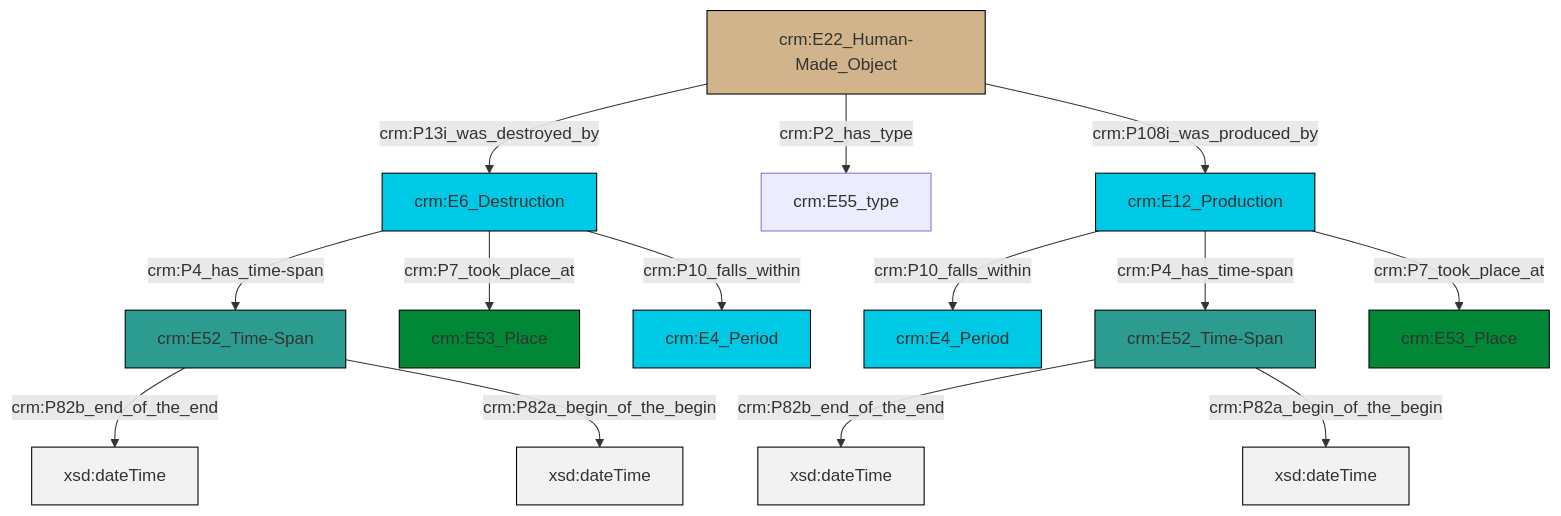
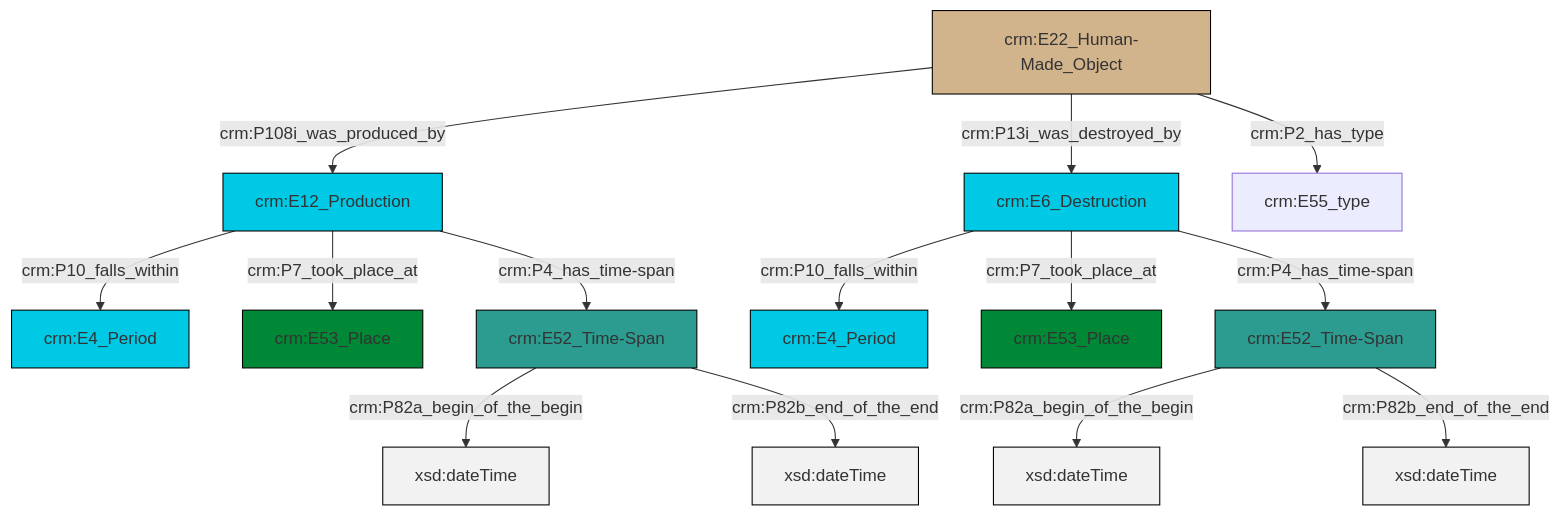
One commit to swiss-art-research-net/reference-data-models changed the diagram in et/builtWorkCSV/ttl/mmd/Built_Work_existence.ttl.mmd. Above: the diagram before and after it, drawn with Mermaid. The commit also changed 152 other files, not shown here.

```diff
--- a/et/builtWorkCSV/ttl/mmd/Built_Work_existence.ttl.mmd
+++ b/et/builtWorkCSV/ttl/mmd/Built_Work_existence.ttl.mmd
@@ -1,28 +1,28 @@
 graph TD
 classDef Literal fill:#f2f2f2,stroke:#000000;
 classDef CRM_Entity fill:#FFFFFF,stroke:#000000;
 classDef Temporal_Entity fill:#00C9E6, stroke:#000000;
 classDef Type fill:#E18312, stroke:#000000;
 classDef Time-Span fill:#2C9C91, stroke:#000000;
 classDef Appellation fill:#FFEB7F, stroke:#000000;
 classDef Place fill:#008836, stroke:#000000;
 classDef Persistent_Item fill:#B266B2, stroke:#000000;
 classDef Conceptual_Object fill:#FFD700, stroke:#000000;
 classDef Physical_Thing fill:#D2B48C, stroke:#000000;
 classDef Actor fill:#f58aad, stroke:#000000;
 classDef PC_Classes fill:#4ce600, stroke:#000000;
 classDef Multi fill:#cccccc,stroke:#000000;
 
-0["crm:E22_Human-Made_Object"]:::Physical_Thing -->|crm:P13i_was_destroyed_by| 1["crm:E6_Destruction"]:::Temporal_Entity
-2["crm:E12_Production"]:::Temporal_Entity -->|crm:P10_falls_within| 3["crm:E4_Period"]:::Temporal_Entity
-6["crm:E52_Time-Span"]:::Time-Span -->|crm:P82b_end_of_the_end| 7[xsd:dateTime]:::Literal
-6["crm:E52_Time-Span"]:::Time-Span -->|crm:P82a_begin_of_the_begin| 12[xsd:dateTime]:::Literal
-0["crm:E22_Human-Made_Object"]:::Physical_Thing -->|crm:P2_has_type| 13["crm:E55_type"]:::Default
-1["crm:E6_Destruction"]:::Temporal_Entity -->|crm:P4_has_time-span| 4["crm:E52_Time-Span"]:::Time-Span
-4["crm:E52_Time-Span"]:::Time-Span -->|crm:P82b_end_of_the_end| 14[xsd:dateTime]:::Literal
-2["crm:E12_Production"]:::Temporal_Entity -->|crm:P4_has_time-span| 6["crm:E52_Time-Span"]:::Time-Span
-0["crm:E22_Human-Made_Object"]:::Physical_Thing -->|crm:P108i_was_produced_by| 2["crm:E12_Production"]:::Temporal_Entity
-2["crm:E12_Production"]:::Temporal_Entity -->|crm:P7_took_place_at| 21["crm:E53_Place"]:::Place
-1["crm:E6_Destruction"]:::Temporal_Entity -->|crm:P7_took_place_at| 8["crm:E53_Place"]:::Place
-4["crm:E52_Time-Span"]:::Time-Span -->|crm:P82a_begin_of_the_begin| 23[xsd:dateTime]:::Literal
-1["crm:E6_Destruction"]:::Temporal_Entity -->|crm:P10_falls_within| 10["crm:E4_Period"]:::Temporal_Entity
+0["crm:E6_Destruction"]:::Temporal_Entity -->|crm:P10_falls_within| 1["crm:E4_Period"]:::Temporal_Entity
+2["crm:E12_Production"]:::Temporal_Entity -->|crm:P10_falls_within| 4["crm:E4_Period"]:::Temporal_Entity
+7["crm:E22_Human-Made_Object"]:::Physical_Thing -->|crm:P108i_was_produced_by| 2["crm:E12_Production"]:::Temporal_Entity
+7["crm:E22_Human-Made_Object"]:::Physical_Thing -->|crm:P13i_was_destroyed_by| 0["crm:E6_Destruction"]:::Temporal_Entity
+7["crm:E22_Human-Made_Object"]:::Physical_Thing -->|crm:P2_has_type| 5["crm:E55_type"]:::Default
+11["crm:E52_Time-Span"]:::Time-Span -->|crm:P82a_begin_of_the_begin| 12[xsd:dateTime]:::Literal
+0["crm:E6_Destruction"]:::Temporal_Entity -->|crm:P7_took_place_at| 9["crm:E53_Place"]:::Place
+13["crm:E52_Time-Span"]:::Time-Span -->|crm:P82a_begin_of_the_begin| 14[xsd:dateTime]:::Literal
+2["crm:E12_Production"]:::Temporal_Entity -->|crm:P7_took_place_at| 15["crm:E53_Place"]:::Place
+13["crm:E52_Time-Span"]:::Time-Span -->|crm:P82b_end_of_the_end| 22[xsd:dateTime]:::Literal
+11["crm:E52_Time-Span"]:::Time-Span -->|crm:P82b_end_of_the_end| 23[xsd:dateTime]:::Literal
+2["crm:E12_Production"]:::Temporal_Entity -->|crm:P4_has_time-span| 11["crm:E52_Time-Span"]:::Time-Span
+0["crm:E6_Destruction"]:::Temporal_Entity -->|crm:P4_has_time-span| 13["crm:E52_Time-Span"]:::Time-Span
```
